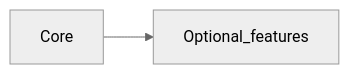
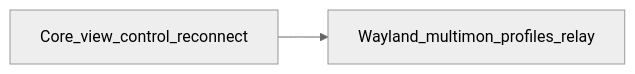
Before and after one commit to ArmaghanAsghar/TeamViewer: the diagram in .cursor/brain/PRODUCT.md, drawn with Mermaid (neutral theme). The commit also changed other lines of this file and 12 other files, not shown here.

````diff
--- a/.cursor/brain/PRODUCT.md
+++ b/.cursor/brain/PRODUCT.md
@@ -103,4 +109,4 @@
 ```mermaid
 flowchart LR
-  Core[Core] --> Optional[Optional_features]
+  Core[Core_view_control_reconnect] --> Optional[Wayland_multimon_profiles_relay]
 ```
````
